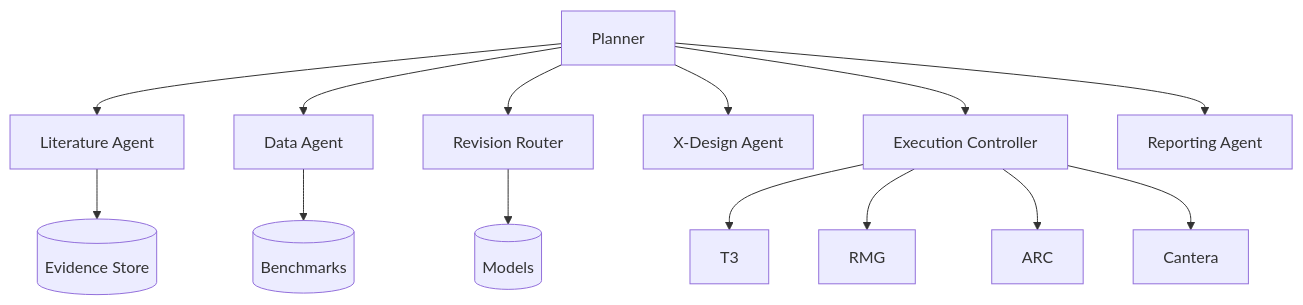
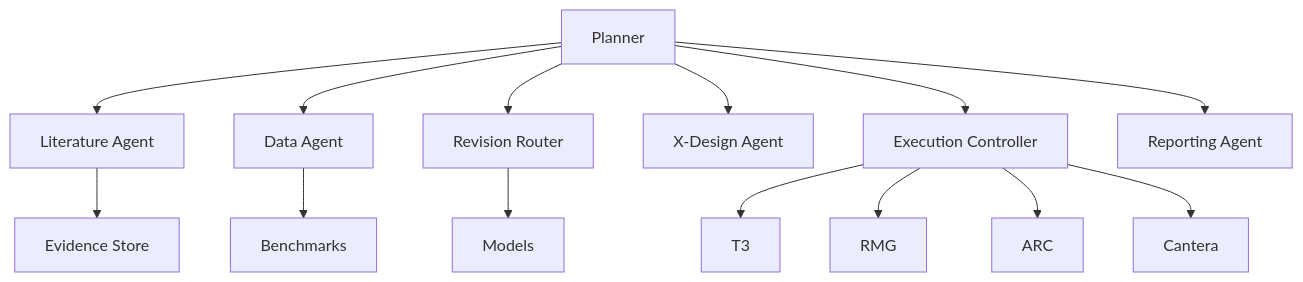
Before and after one commit to DanaResearchGroup/Carmel: the second of 2 diagrams in README.md, drawn with Mermaid. The commit also changed other lines of this file, not shown here.

````diff
--- a/README.md
+++ b/README.md
@@ -132,18 +132,18 @@
 ```mermaid
 graph TD
     P[Planner] --> LA[Literature Agent]
     P --> DA[Data Agent]
     P --> RR[Revision Router]
     P --> XD[X-Design Agent]
     P --> EC[Execution Controller]
     P --> RA[Reporting Agent]
 
     EC --> T3[T3]
     EC --> RMG[RMG]
     EC --> ARC[ARC]
     EC --> Cantera[Cantera]
 
-    LA --> Evidence[(Evidence Store)]
-    DA --> Benchmarks[(Benchmarks)]
-    RR --> Models[(Models)]
+    LA --> Evidence[Evidence Store]
+    DA --> Benchmarks[Benchmarks]
+    RR --> Models[Models]
 ```
````
